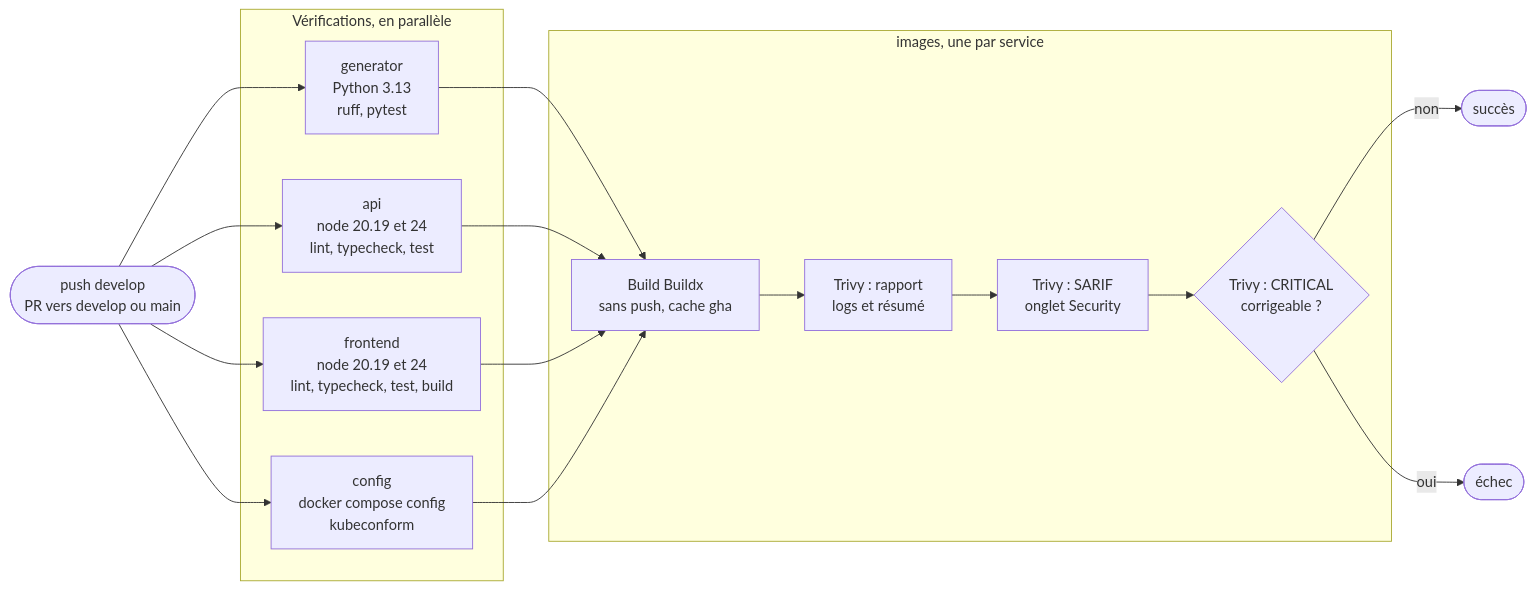
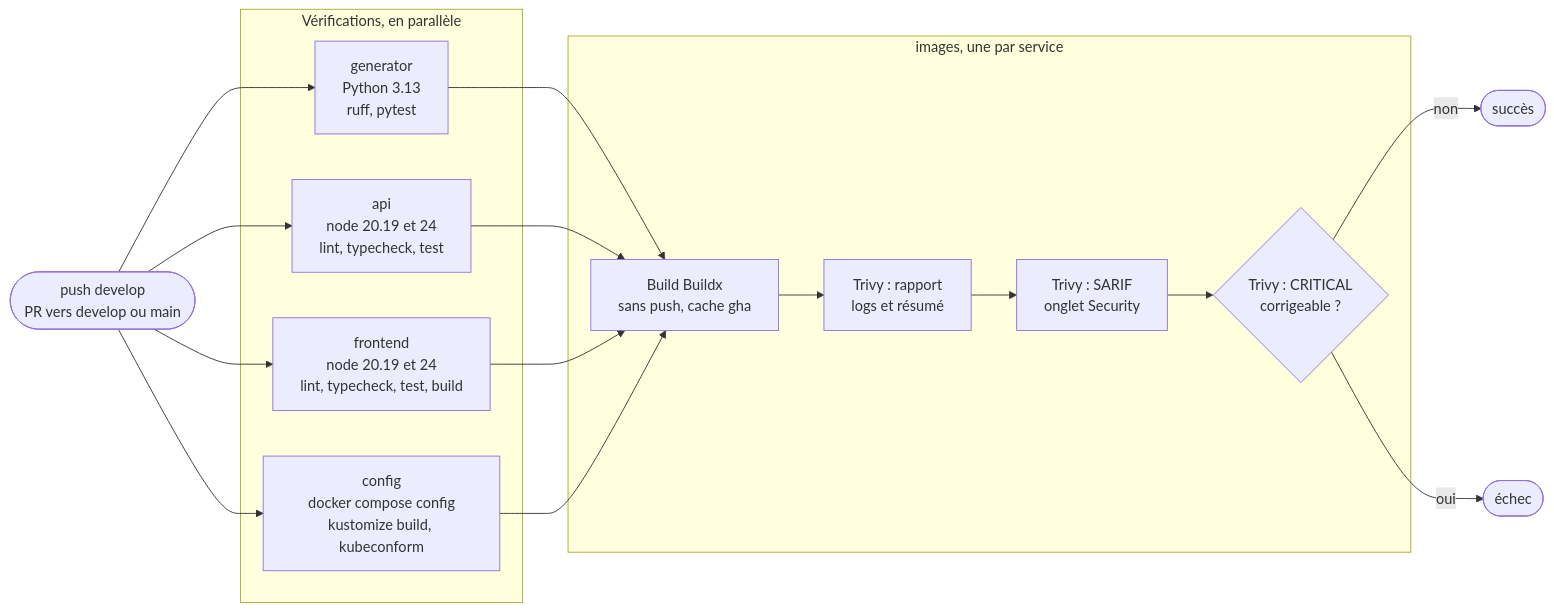
The diagram in docs/ci.md (marc-awad/deckgen), drawn with Mermaid before and after one commit. The commit also changed other lines of this file and 16 other files, not shown here.

````diff
--- a/docs/ci.md
+++ b/docs/ci.md
@@ -10,22 +12,22 @@
 ```mermaid
 flowchart LR
     trigger([push develop<br/>PR vers develop ou main])
 
     subgraph checks [Vérifications, en parallèle]
         gen[generator<br/>Python 3.13<br/>ruff, pytest]
         api[api<br/>node 20.19 et 24<br/>lint, typecheck, test]
         front[frontend<br/>node 20.19 et 24<br/>lint, typecheck, test, build]
-        conf[config<br/>docker compose config<br/>kubeconform]
+        conf[config<br/>docker compose config<br/>kustomize build, kubeconform]
     end
 
     subgraph imgs [images, une par service]
         build[Build Buildx<br/>sans push, cache gha] --> report[Trivy : rapport<br/>logs et résumé]
         report --> sarif[Trivy : SARIF<br/>onglet Security]
         sarif --> gate{Trivy : CRITICAL<br/>corrigeable ?}
     end
 
     trigger --> gen & api & front & conf
     gen & api & front & conf --> build
     gate -- non --> ok([succès])
     gate -- oui --> ko([échec])
 ```
````
